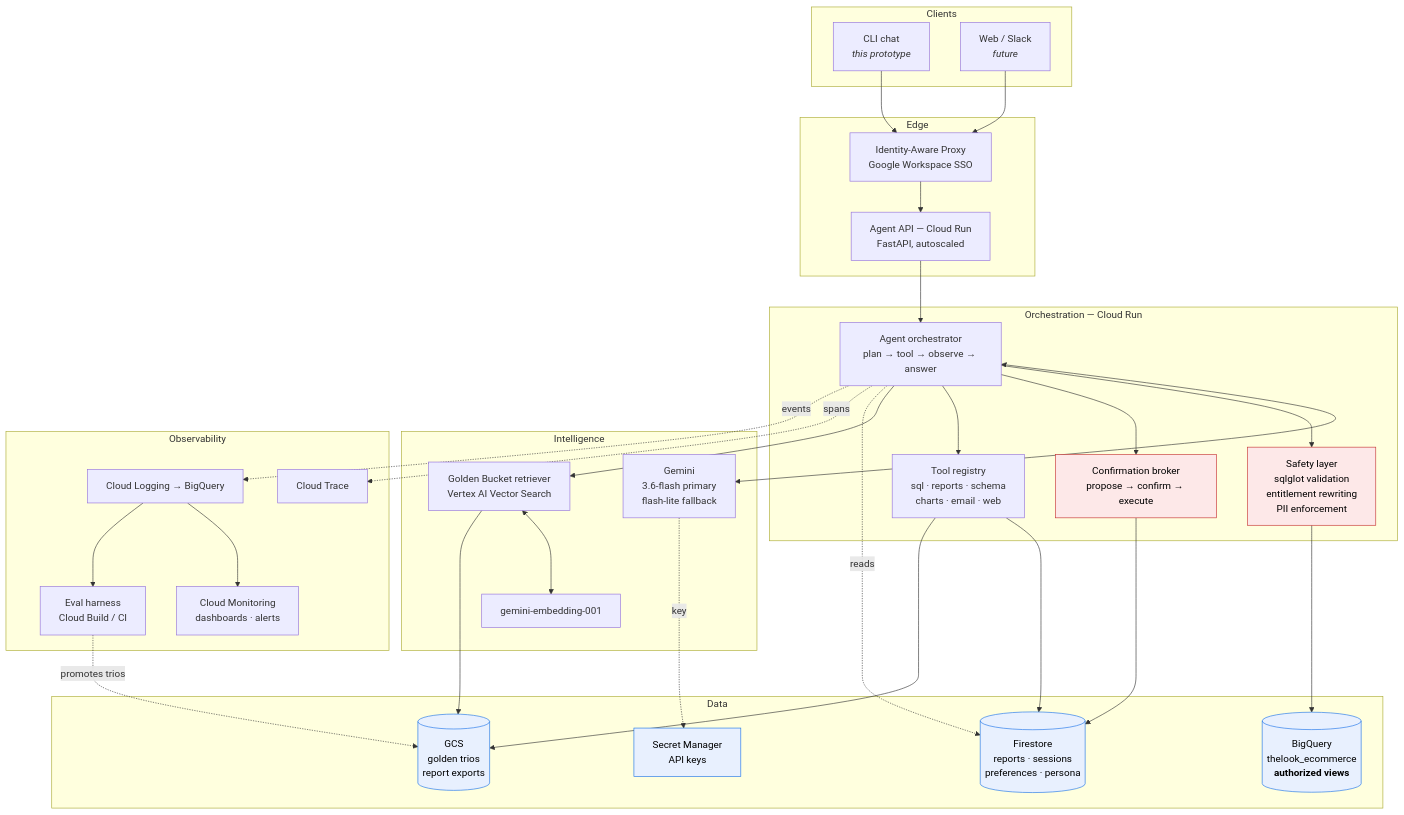
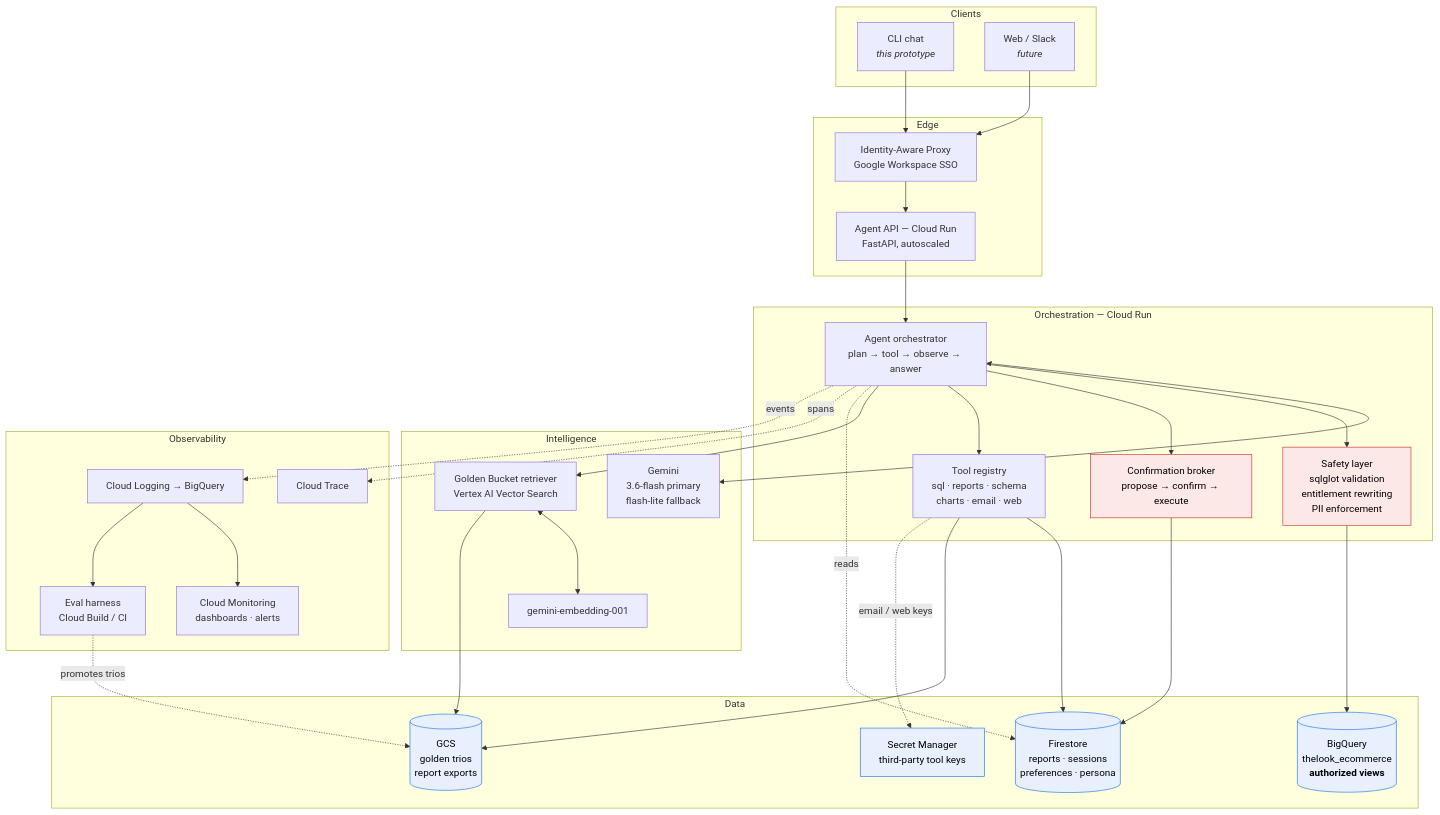
One commit to VahanYeghoyan/AI-Technical-Assignment---Retail-Company changed the diagram in docs/architecture.md. Above: the diagram before and after it, drawn with Mermaid. The commit also changed other lines of this file and 24 other files, not shown here.

````diff
--- a/docs/architecture.md
+++ b/docs/architecture.md
@@ -15,69 +15,69 @@
 ```mermaid
 flowchart TB
     subgraph clients["Clients"]
         CLI["CLI chat<br/><i>this prototype</i>"]
         WEB["Web / Slack<br/><i>future</i>"]
     end
 
     subgraph edge["Edge"]
         IAP["Identity-Aware Proxy<br/>Google Workspace SSO"]
         API["Agent API — Cloud Run<br/>FastAPI, autoscaled"]
     end
 
     subgraph orchestration["Orchestration — Cloud Run"]
         ORCH["Agent orchestrator<br/>plan → tool → observe → answer"]
         GUARD["Safety layer<br/>sqlglot validation<br/>entitlement rewriting<br/>PII enforcement"]
         CONF["Confirmation broker<br/>propose → confirm → execute"]
         TOOLS["Tool registry<br/>sql · reports · schema<br/>charts · email · web"]
     end
 
     subgraph intelligence["Intelligence"]
         GEM["Gemini<br/>3.6-flash primary<br/>flash-lite fallback"]
         EMB["gemini-embedding-001"]
         RET["Golden Bucket retriever<br/>Vertex AI Vector Search"]
     end
 
     subgraph data["Data"]
         BQ[("BigQuery<br/>thelook_ecommerce<br/><b>authorized views</b>")]
         GCS[("GCS<br/>golden trios<br/>report exports")]
         FS[("Firestore<br/>reports · sessions<br/>preferences · persona")]
-        SEC["Secret Manager<br/>API keys"]
+        SEC["Secret Manager<br/>third-party tool keys"]
     end
 
     subgraph ops["Observability"]
         TRACE["Cloud Trace"]
         LOG["Cloud Logging → BigQuery"]
         MON["Cloud Monitoring<br/>dashboards · alerts"]
         EVAL["Eval harness<br/>Cloud Build / CI"]
     end
 
     CLI --> IAP
     WEB --> IAP
     IAP --> API --> ORCH
 
     ORCH <--> GEM
     ORCH --> GUARD
     ORCH --> CONF
     ORCH --> TOOLS
     ORCH --> RET
 
     RET <--> EMB
     RET --> GCS
     GUARD --> BQ
     CONF --> FS
     TOOLS --> FS
     TOOLS --> GCS
     ORCH -.reads.-> FS
-    GEM -.key.-> SEC
+    TOOLS -.email / web keys.-> SEC
 
     ORCH -.spans.-> TRACE
     ORCH -.events.-> LOG
     LOG --> MON
     LOG --> EVAL
     EVAL -.promotes trios.-> GCS
 
     classDef safety fill:#fde8e8,stroke:#c53030,color:#000
     classDef store fill:#e8f0fe,stroke:#1a73e8,color:#000
     class GUARD,CONF safety
     class BQ,GCS,FS,SEC store
 ```
````
